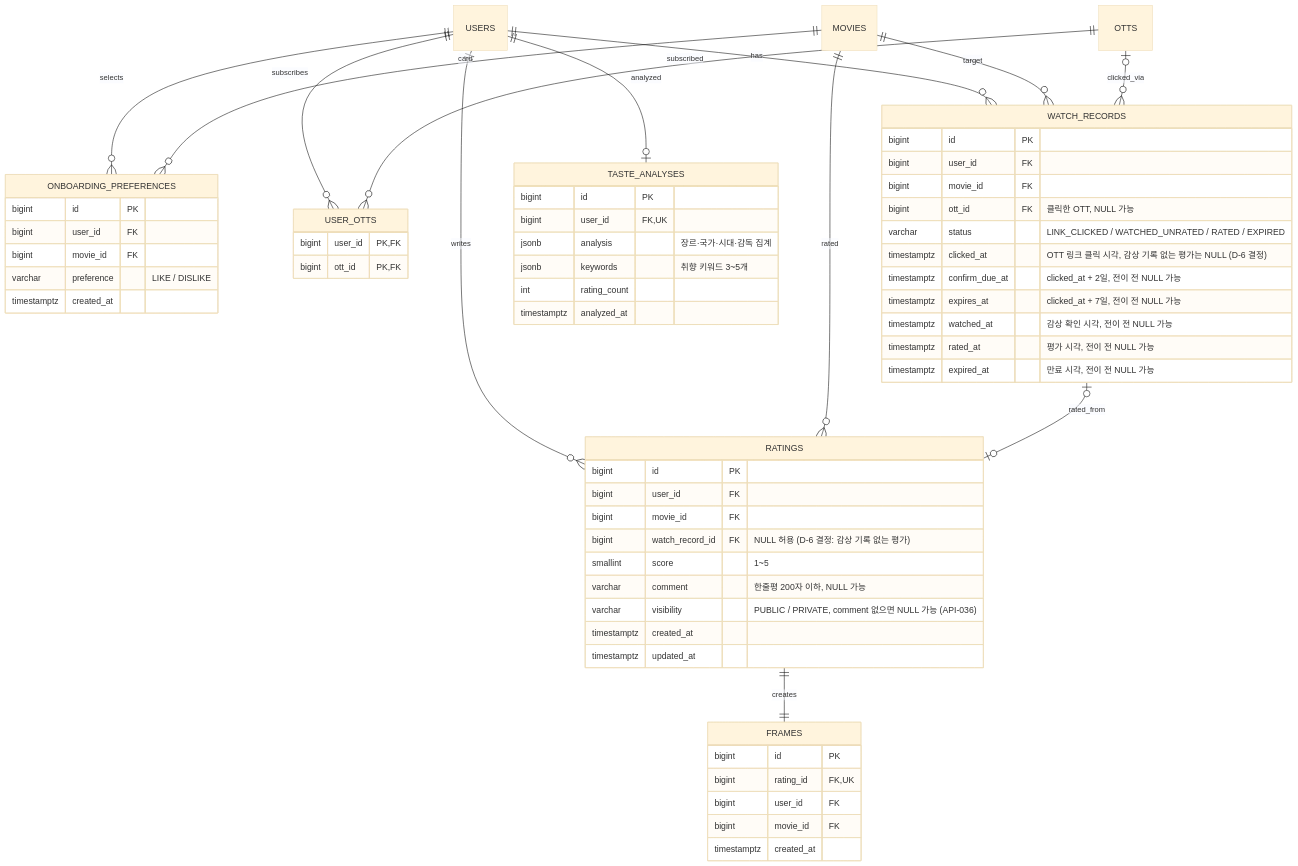
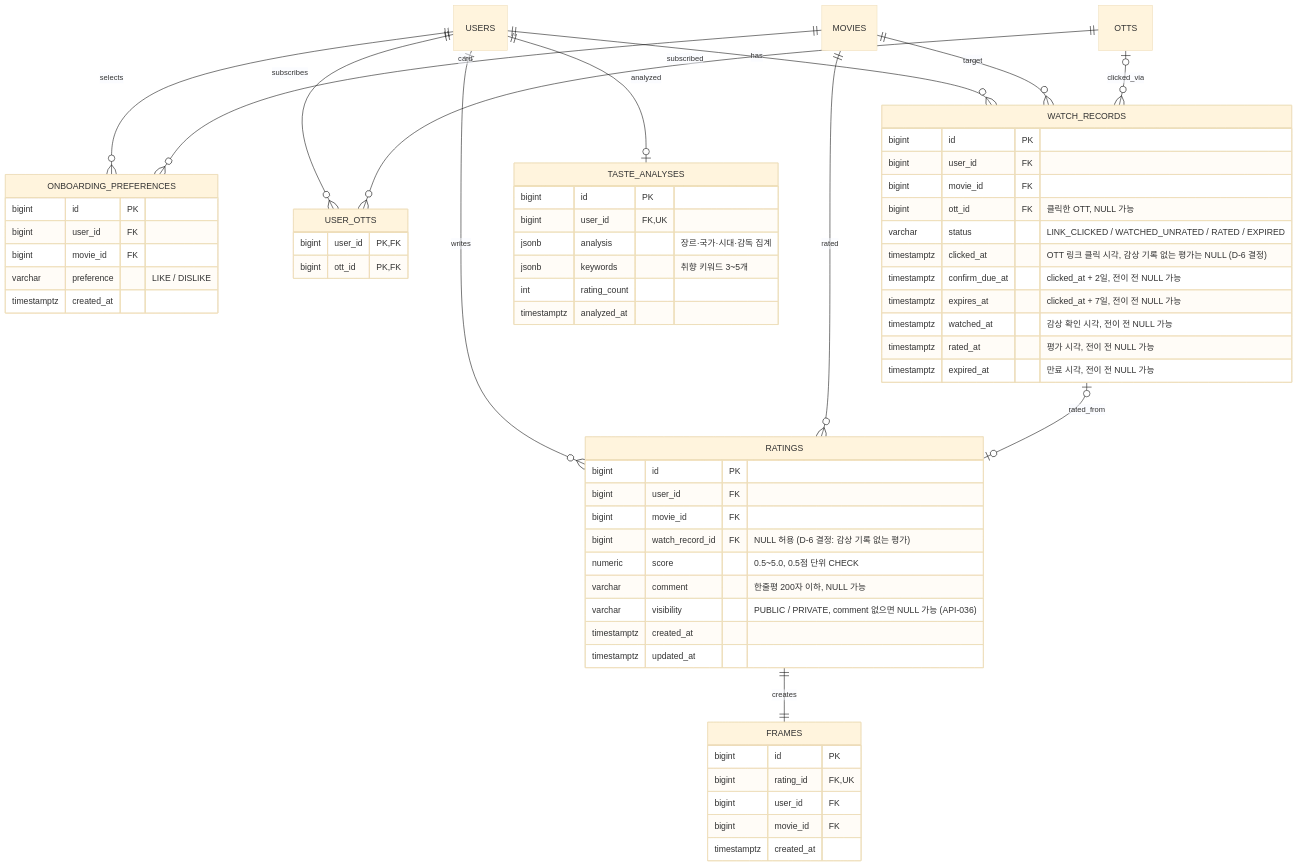
The fourth of 8 diagrams in docs/erd.md (koongya-studio/feelm), drawn with Mermaid (base theme) before and after one commit. The commit also changed other lines of this file and 20 other files, not shown here.

````diff
--- a/docs/erd.md
+++ b/docs/erd.md
@@ -210,66 +210,66 @@
 ```mermaid
 erDiagram
     ONBOARDING_PREFERENCES {
         bigint id PK
         bigint user_id FK
         bigint movie_id FK
         varchar preference "LIKE / DISLIKE"
         timestamptz created_at
     }
     USER_OTTS {
         bigint user_id PK, FK
         bigint ott_id PK, FK
     }
     WATCH_RECORDS {
         bigint id PK
         bigint user_id FK
         bigint movie_id FK
         bigint ott_id FK "클릭한 OTT, NULL 가능"
         varchar status "LINK_CLICKED / WATCHED_UNRATED / RATED / EXPIRED"
         timestamptz clicked_at "OTT 링크 클릭 시각, 감상 기록 없는 평가는 NULL (D-6 결정)"
         timestamptz confirm_due_at "clicked_at + 2일, 전이 전 NULL 가능"
         timestamptz expires_at "clicked_at + 7일, 전이 전 NULL 가능"
         timestamptz watched_at "감상 확인 시각, 전이 전 NULL 가능"
         timestamptz rated_at "평가 시각, 전이 전 NULL 가능"
         timestamptz expired_at "만료 시각, 전이 전 NULL 가능"
     }
     RATINGS {
         bigint id PK
         bigint user_id FK
         bigint movie_id FK
         bigint watch_record_id FK "NULL 허용 (D-6 결정: 감상 기록 없는 평가)"
-        smallint score "1~5"
+        numeric score "0.5~5.0, 0.5점 단위 CHECK"
         varchar comment "한줄평 200자 이하, NULL 가능"
         varchar visibility "PUBLIC / PRIVATE, comment 없으면 NULL 가능 (API-036)"
         timestamptz created_at
         timestamptz updated_at
     }
     FRAMES {
         bigint id PK
         bigint rating_id FK, UK
         bigint user_id FK
         bigint movie_id FK
         timestamptz created_at
     }
     TASTE_ANALYSES {
         bigint id PK
         bigint user_id FK, UK
         jsonb analysis "장르·국가·시대·감독 집계"
         jsonb keywords "취향 키워드 3~5개"
         int rating_count
         timestamptz analyzed_at
     }
 
     USERS ||--o{ ONBOARDING_PREFERENCES : selects
     MOVIES ||--o{ ONBOARDING_PREFERENCES : card
     USERS ||--o{ USER_OTTS : subscribes
     OTTS ||--o{ USER_OTTS : subscribed
     USERS ||--o{ WATCH_RECORDS : has
     MOVIES ||--o{ WATCH_RECORDS : target
     OTTS o|--o{ WATCH_RECORDS : clicked_via
     USERS ||--o{ RATINGS : writes
     MOVIES ||--o{ RATINGS : rated
     WATCH_RECORDS o|--o| RATINGS : rated_from
     RATINGS ||--|| FRAMES : creates
     USERS ||--o| TASTE_ANALYSES : analyzed
 ```
````
